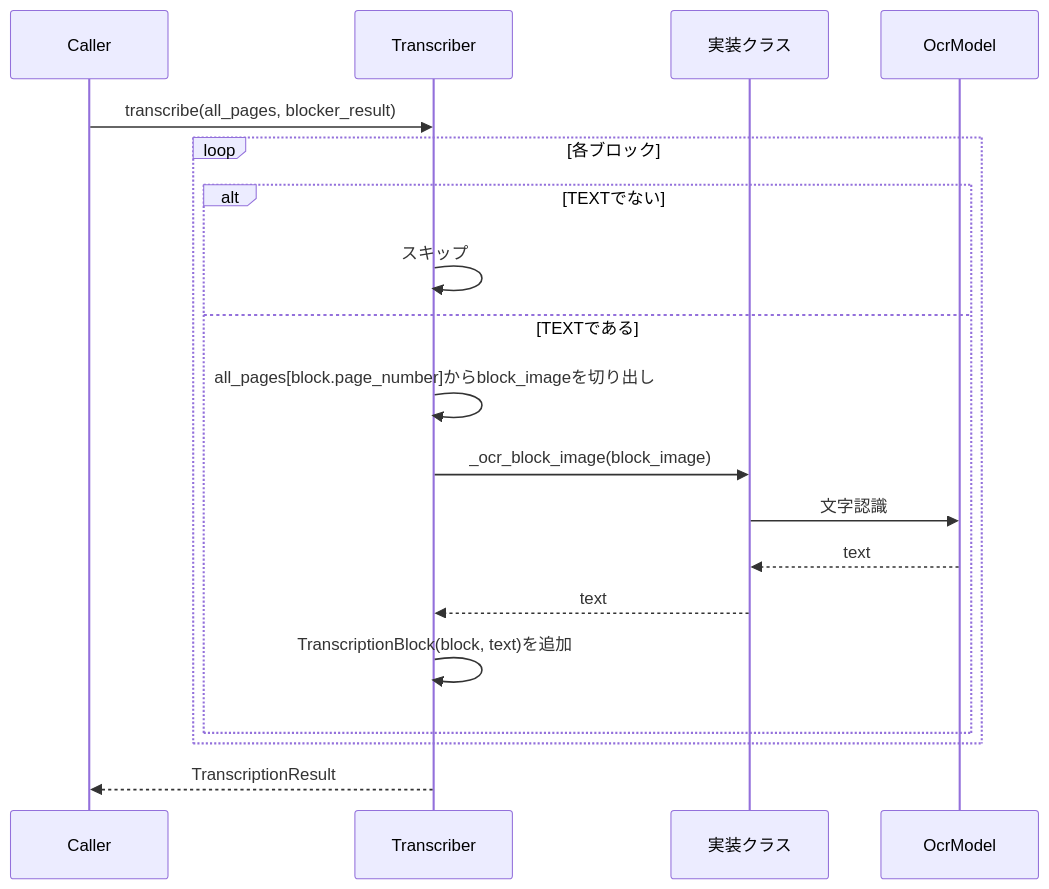
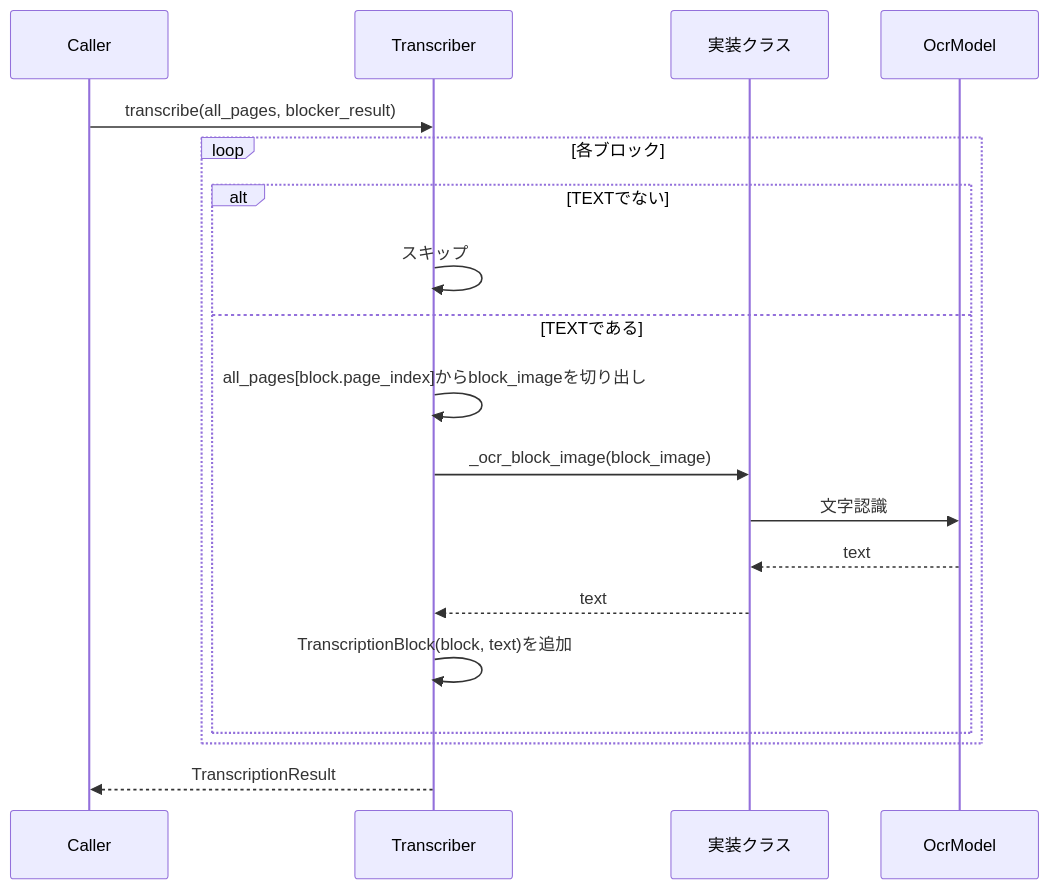
Before and after one commit to konbraphat51/SuperSuat: the second of 2 diagrams in Uploader/OcrModule/Blocked/Docs/Transcriber.ja.md, drawn with Mermaid. The commit also changed 19 other files, not shown here.

First line of the commit message:
refac: name every 0-indexed page variable page_index

````diff
--- a/Uploader/OcrModule/Blocked/Docs/Transcriber.ja.md
+++ b/Uploader/OcrModule/Blocked/Docs/Transcriber.ja.md
@@ -40,21 +40,21 @@
 ```mermaid
 sequenceDiagram
     participant Caller
     participant Transcriber
     participant 実装クラス
     participant OcrModel
     Caller->>Transcriber: transcribe(all_pages, blocker_result)
     loop 各ブロック
         alt TEXTでない
             Transcriber->>Transcriber: スキップ
         else TEXTである
-            Transcriber->>Transcriber: all_pages[block.page_number]からblock_imageを切り出し
+            Transcriber->>Transcriber: all_pages[block.page_index]からblock_imageを切り出し
             Transcriber->>実装クラス: _ocr_block_image(block_image)
             実装クラス->>OcrModel: 文字認識
             OcrModel-->>実装クラス: text
             実装クラス-->>Transcriber: text
             Transcriber->>Transcriber: TranscriptionBlock(block, text)を追加
         end
     end
     Transcriber-->>Caller: TranscriptionResult
 ```
````
